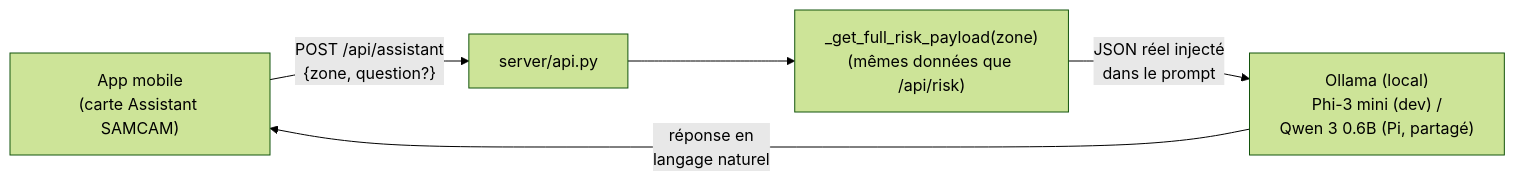
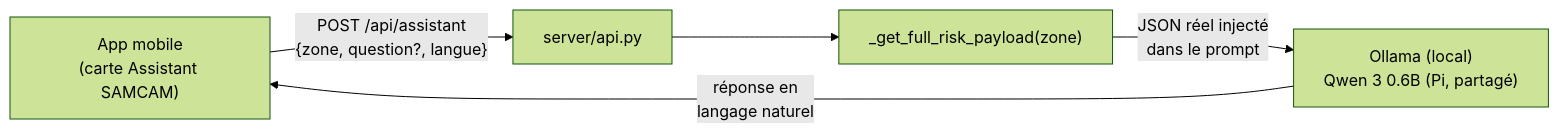
The fourth of 4 diagrams in docs/RAPPORT_SAMCAM.md (jeremygeorgesdurand-dev/SAMCAM), drawn with Mermaid (forest theme) before and after one commit. The commit also changed other lines of this file, not shown here.

````diff
--- a/docs/RAPPORT_SAMCAM.md
+++ b/docs/RAPPORT_SAMCAM.md
@@ -829,7 +721,7 @@
 ```mermaid
 flowchart LR
-    APP["App mobile<br/>(carte Assistant SAMCAM)"] -->|"POST /api/assistant<br/>{zone, question?}"| API["server/api.py"]
-    API --> CALC["_get_full_risk_payload(zone)<br/>(mêmes données que /api/risk)"]
-    CALC -->|"JSON réel injecté<br/>dans le prompt"| OLLAMA["Ollama (local)<br/>Phi-3 mini (dev) /<br/>Qwen 3 0.6B (Pi, partagé)"]
+    APP["App mobile<br/>(carte Assistant SAMCAM)"] -->|"POST /api/assistant<br/>{zone, question?, langue}"| API["server/api.py"]
+    API --> CALC["_get_full_risk_payload(zone)"]
+    CALC -->|"JSON réel injecté<br/>dans le prompt"| OLLAMA["Ollama (local)<br/>Qwen 3 0.6B (Pi, partagé)"]
     OLLAMA -->|"réponse en<br/>langage naturel"| APP
 ```
````
